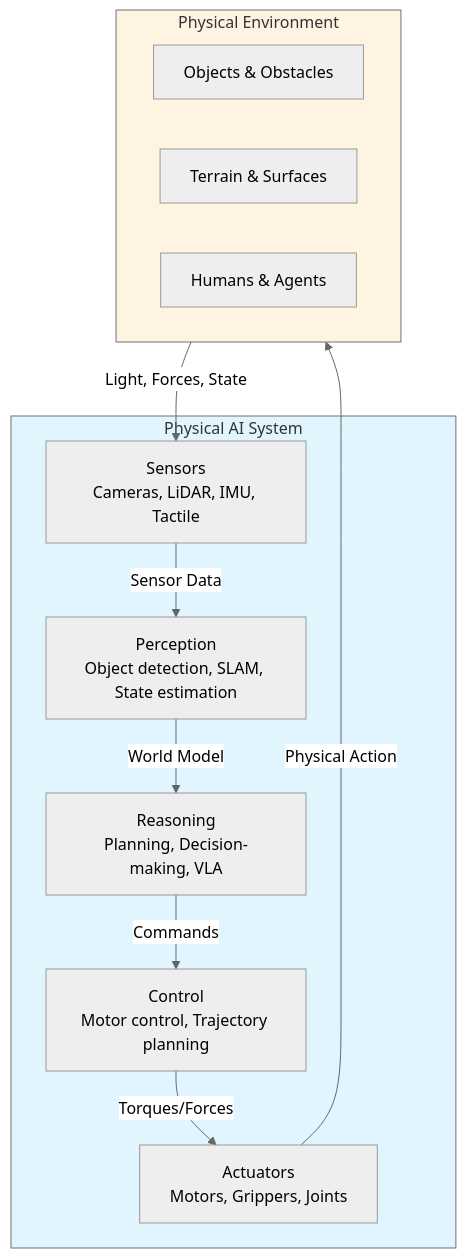
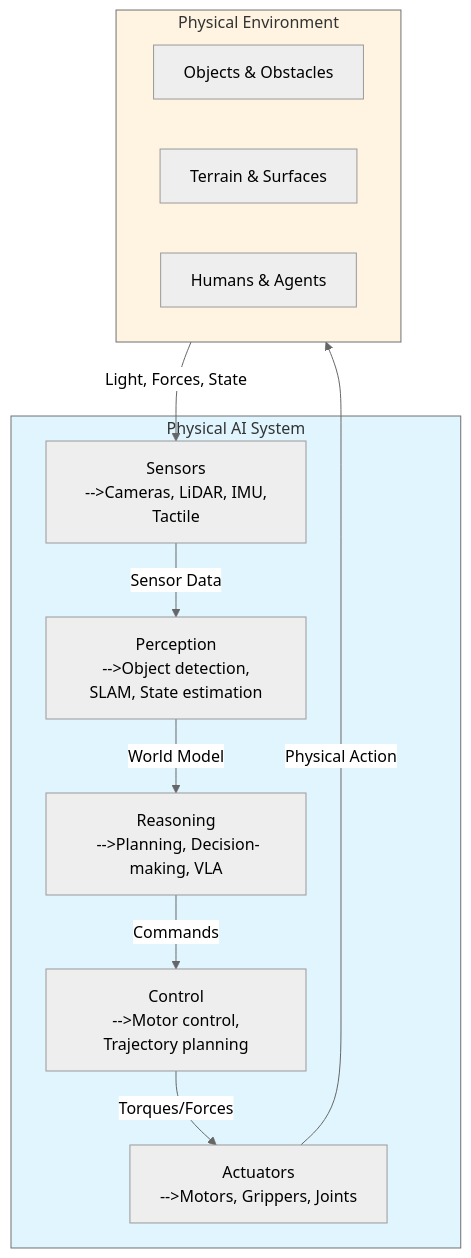
One commit to ayeshadev283-max/Physical-AI-Humanoid-Robotics changed the first of 2 diagrams in docs/chapters/module-0-foundations/01-introduction.md. Above: the diagram before and after it, drawn with Mermaid (neutral theme). The commit also changed other lines of this file and 135 other files, not shown here.

````diff
--- a/docs/chapters/module-0-foundations/01-introduction.md
+++ b/docs/chapters/module-0-foundations/01-introduction.md
@@ -21,26 +21,26 @@
 ```mermaid
 graph TB
     subgraph Environment["Physical Environment"]
         Objects[Objects & Obstacles]
         Terrain[Terrain & Surfaces]
         Humans[Humans & Agents]
     end
 
     subgraph Robot["Physical AI System"]
-        Sensors[Sensors<br/>Cameras, LiDAR, IMU, Tactile]
-        Perception[Perception<br/>Object detection, SLAM, State estimation]
-        Reasoning[Reasoning<br/>Planning, Decision-making, VLA]
-        Control[Control<br/>Motor control, Trajectory planning]
-        Actuators[Actuators<br/>Motors, Grippers, Joints]
+        Sensors[Sensors<br /> -->Cameras, LiDAR, IMU, Tactile]
+        Perception[Perception<br /> -->Object detection, SLAM, State estimation]
+        Reasoning[Reasoning<br /> -->Planning, Decision-making, VLA]
+        Control[Control<br /> -->Motor control, Trajectory planning]
+        Actuators[Actuators<br /> -->Motors, Grippers, Joints]
     end
 
     Environment -->|Light, Forces, State| Sensors
     Sensors -->|Sensor Data| Perception
     Perception -->|World Model| Reasoning
     Reasoning -->|Commands| Control
     Control -->|Torques/Forces| Actuators
     Actuators -->|Physical Action| Environment
 
     style Robot fill:#e1f5ff
     style Environment fill:#fff4e1
 ```
````
